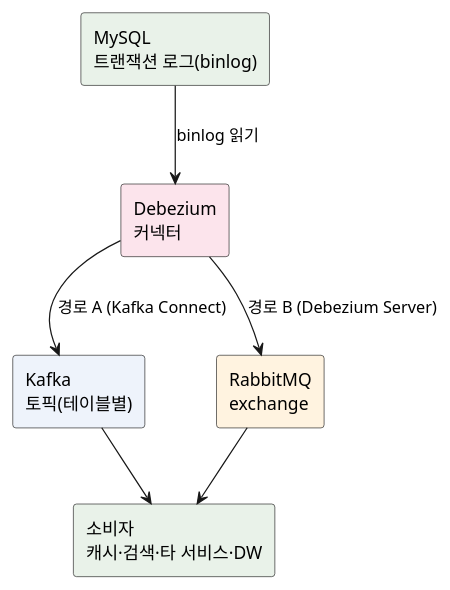
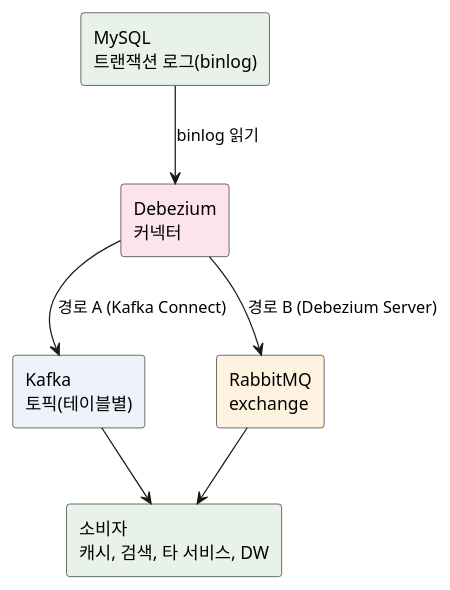
The diagram in blog/2026-10-28-cdc-change-data-capture-debezium.mdx (johnycho/johny-dev), drawn with PlantUML before and after one commit. The commit also changed other lines of this file and 188 other files, not shown here.

````diff
--- a/blog/2026-10-28-cdc-change-data-capture-debezium.mdx
+++ b/blog/2026-10-28-cdc-change-data-capture-debezium.mdx
@@ -39,18 +39,18 @@
 ```plantuml
 @startuml
 skinparam shadowing false
 skinparam defaultFontName sans-serif
 hide empty members
 rectangle "MySQL\n트랜잭션 로그(binlog)" as DB #E9F2E9
 rectangle "Debezium\n커넥터" as DBZ #FCE4EC
 rectangle "Kafka\n토픽(테이블별)" as K #EEF3FB
 rectangle "RabbitMQ\nexchange" as R #FFF3E0
-rectangle "소비자\n캐시·검색·타 서비스·DW" as C #E9F2E9
+rectangle "소비자\n캐시, 검색, 타 서비스, DW" as C #E9F2E9
 
 DB --> DBZ : binlog 읽기
 DBZ --> K : 경로 A (Kafka Connect)
 DBZ --> R : 경로 B (Debezium Server)
 K --> C
 R --> C
 @enduml
 ```
````
